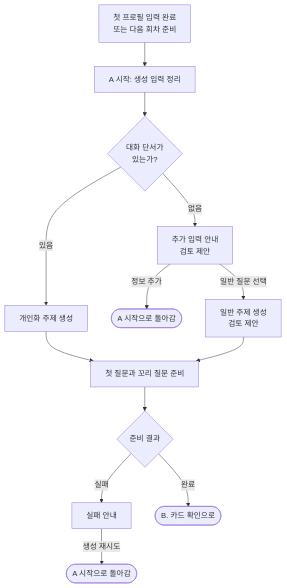
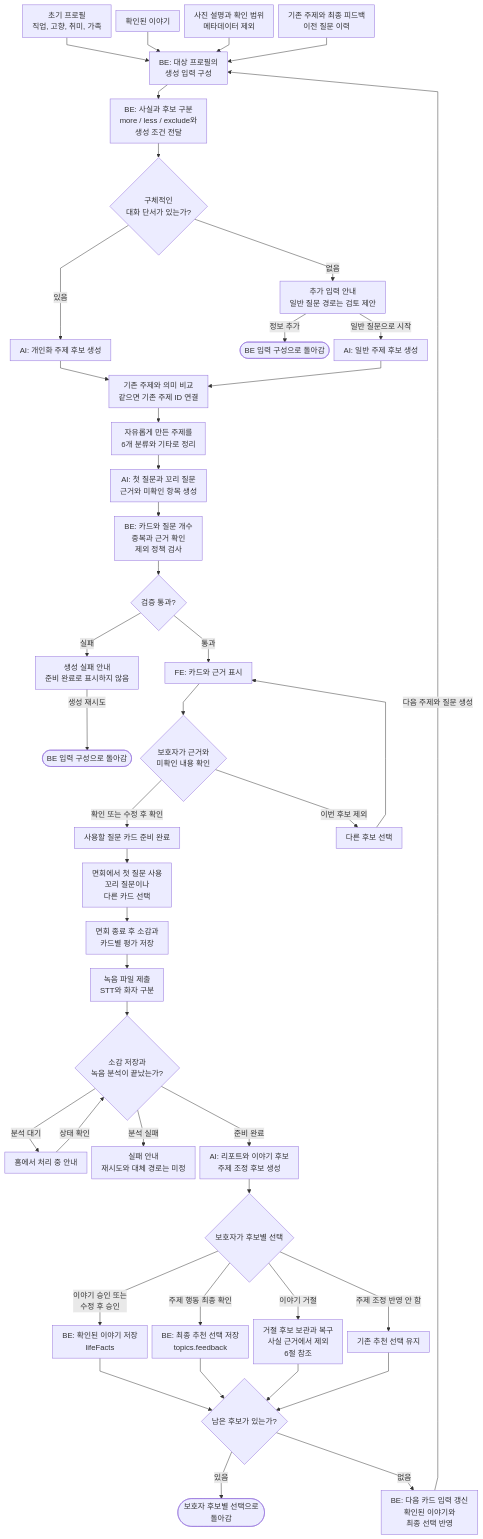
The diagram in docs/architecture/card-generation-flow.md (kakaotechcampus-4/ktc4-chungnam-1), drawn with Mermaid before and after one commit. The commit also changed other lines of this file, not shown here.

Commit message:
docs: replace card flow diagrams with functional generation flow

````diff
--- a/docs/architecture/card-generation-flow.md
+++ b/docs/architecture/card-generation-flow.md
@@ -44,15 +42,55 @@
 ```mermaid
+---
+config:
+  flowchart:
+    nodeSpacing: 10
+    rankSpacing: 30
+    wrappingWidth: 200
+    padding: 10
+    curve: linear
+---
 flowchart TD
-    START["첫 프로필 입력 완료<br/>또는 다음 회차 준비"] --> INPUT["A 시작: 생성 입력 정리"]
-    INPUT --> CLUE{"대화 단서가<br/>있는가?"}
-    CLUE -->|있음| PERSONAL["개인화 주제 생성"]
-    CLUE -->|없음| GUIDE["추가 입력 안내<br/>검토 제안"]
-    GUIDE -->|정보 추가| BACK_INPUT(["A 시작으로 돌아감"])
-    GUIDE -->|일반 질문 선택| GENERAL["일반 주제 생성<br/>검토 제안"]
-    PERSONAL --> QUESTIONS["첫 질문과 꼬리 질문 준비"]
-    GENERAL --> QUESTIONS
-    QUESTIONS --> RESULT{"준비 결과"}
-    RESULT -->|실패| ERROR["실패 안내"]
-    ERROR -->|생성 재시도| RETRY(["A 시작으로 돌아감"])
-    RESULT -->|완료| NEXT(["B. 카드 확인으로"])
+    PROFILE["초기 프로필<br/>직업, 고향, 취미, 가족"] --> CONTEXT
+    FACTS["확인된 이야기"] --> CONTEXT
+    PHOTO["사진 설명과 확인 범위<br/>메타데이터 제외"] --> CONTEXT
+    HISTORY["기존 주제와 최종 피드백<br/>이전 질문 이력"] --> CONTEXT
+    CONTEXT["BE: 대상 프로필의<br/>생성 입력 구성"] --> POLICY["BE: 사실과 후보 구분<br/>more / less / exclude와<br/>생성 조건 전달"]
+    POLICY --> CLUE{"구체적인<br/>대화 단서가 있는가?"}
+    CLUE -->|있음| PERSONAL["AI: 개인화 주제 후보 생성"]
+    CLUE -->|없음| GUIDE["추가 입력 안내<br/>일반 질문 경로는 검토 제안"]
+    GUIDE -->|정보 추가| INPUT_AGAIN(["BE 입력 구성으로 돌아감"])
+    GUIDE -->|일반 질문으로 시작| GENERAL["AI: 일반 주제 후보 생성"]
+    PERSONAL --> MATCH["기존 주제와 의미 비교<br/>같으면 기존 주제 ID 연결"]
+    GENERAL --> MATCH
+    MATCH --> CATEGORY["자유롭게 만든 주제를<br/>6개 분류와 기타로 정리"]
+    CATEGORY --> QUESTIONS["AI: 첫 질문과 꼬리 질문<br/>근거와 미확인 항목 생성"]
+    QUESTIONS --> CHECK["BE: 카드와 질문 개수<br/>중복과 근거 확인<br/>제외 정책 검사"]
+    CHECK --> VALIDATE{"검증 통과?"}
+    VALIDATE -->|실패| ERROR["생성 실패 안내<br/>준비 완료로 표시하지 않음"]
+    ERROR -->|생성 재시도| RETRY_INPUT(["BE 입력 구성으로 돌아감"])
+    VALIDATE -->|통과| DISPLAY["FE: 카드와 근거 표시"]
+    DISPLAY --> CONFIRM{"보호자가 근거와<br/>미확인 내용 확인"}
+    CONFIRM -->|확인 또는 수정 후 확인| READY["사용할 질문 카드 준비 완료"]
+    CONFIRM -->|이번 후보 제외| OTHER["다른 후보 선택"]
+    OTHER --> DISPLAY
+    READY --> VISIT["면회에서 첫 질문 사용<br/>꼬리 질문이나<br/>다른 카드 선택"]
+    VISIT --> EVALUATION["면회 종료 후 소감과<br/>카드별 평가 저장"]
+    EVALUATION --> STT["녹음 파일 제출<br/>STT와 화자 구분"]
+    STT --> STATUS{"소감 저장과<br/>녹음 분석이 끝났는가?"}
+    STATUS -->|분석 대기| WAIT["홈에서 처리 중 안내"]
+    WAIT -->|상태 확인| STATUS
+    STATUS -->|분석 실패| FAILED["실패 안내<br/>재시도와 대체 경로는 미정"]
+    STATUS -->|준비 완료| REPORT["AI: 리포트와 이야기 후보<br/>주제 조정 후보 생성"]
+    REPORT --> DECIDE{"보호자가 후보별 선택"}
+    DECIDE -->|"이야기 승인 또는<br/>수정 후 승인"| SAVE_FACT["BE: 확인된 이야기 저장<br/>lifeFacts"]
+    DECIDE -->|주제 행동 최종 확인| SAVE_TOPIC["BE: 최종 추천 선택 저장<br/>topics.feedback"]
+    DECIDE -->|이야기 거절| REJECT["거절 후보 보관과 복구<br/>사실 근거에서 제외<br/>6절 참조"]
+    DECIDE -->|주제 조정 반영 안 함| KEEP["기존 추천 선택 유지"]
+    SAVE_FACT --> REMAIN{"남은 후보가 있는가?"}
+    SAVE_TOPIC --> REMAIN
+    REJECT --> REMAIN
+    KEEP --> REMAIN
+    REMAIN -->|있음| REVIEW_AGAIN(["보호자 후보별 선택으로<br/>돌아감"])
+    REMAIN -->|없음| REFRESH["BE: 다음 카드 입력 갱신<br/>확인된 이야기와<br/>최종 선택 반영"]
+    REFRESH -->|다음 주제와 질문 생성| CONTEXT
 ```
````
